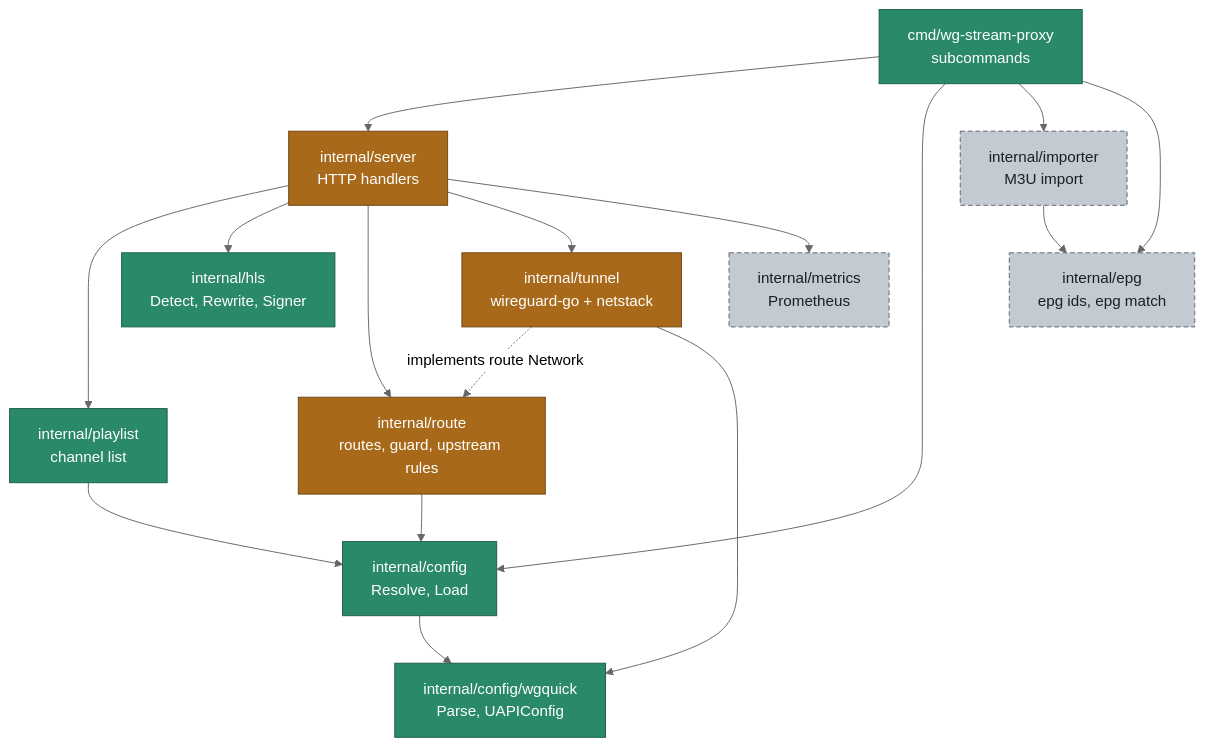
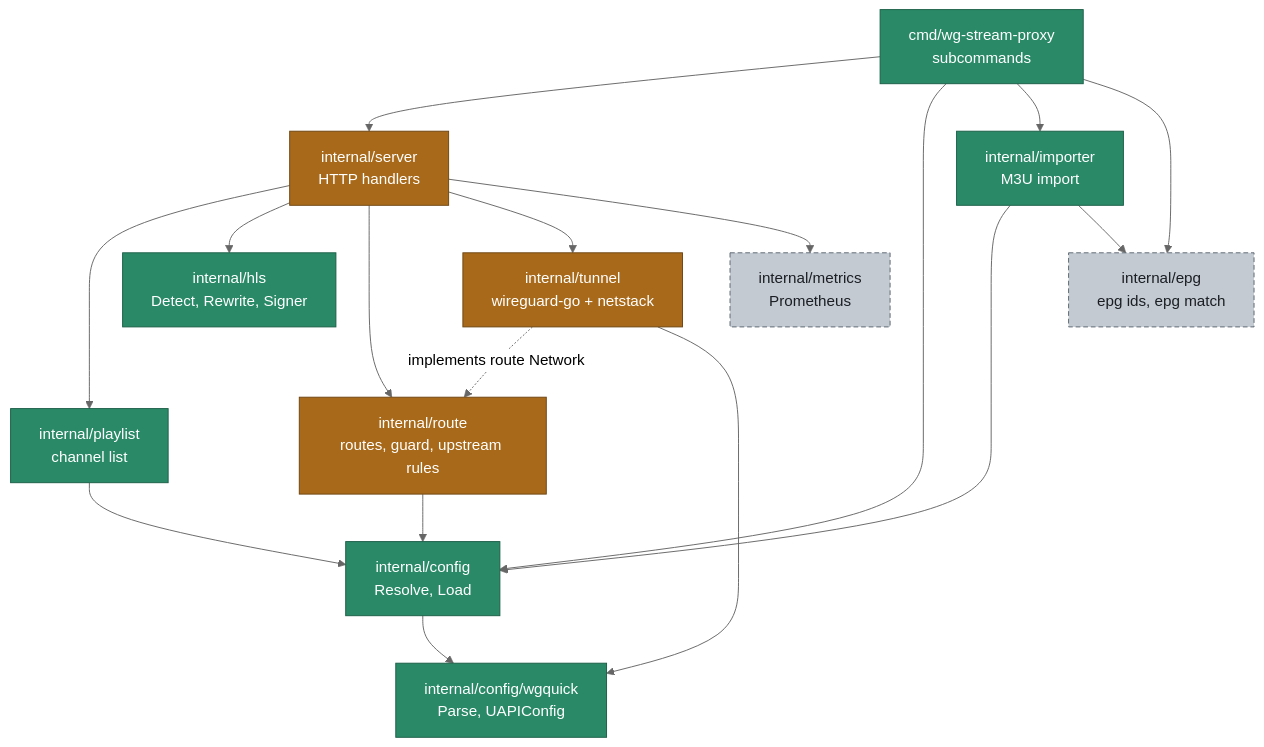
One commit to KingOfKalk/wg-stream-proxy changed the tenth of 13 diagrams in docs/architecture.md. Above: the diagram before and after it, drawn with Mermaid (neutral theme). The commit also changed other lines of this file and 38 other files, not shown here.

Commit message:
feat(importer): import M3U files (#49)

````diff
--- a/docs/architecture.md
+++ b/docs/architecture.md
@@ -439,27 +439,27 @@
 ```mermaid
 flowchart TD
     main["cmd/wg-stream-proxy<br/>subcommands"]:::done
     server["internal/server<br/>HTTP handlers"]:::wip
     playlist["internal/playlist<br/>channel list"]:::done
     hls["internal/hls<br/>Detect, Rewrite, Signer"]:::done
     route["internal/route<br/>routes, guard, upstream rules"]:::wip
     tunnel["internal/tunnel<br/>wireguard-go + netstack"]:::wip
     config["internal/config<br/>Resolve, Load"]:::done
     wgquick["internal/config/wgquick<br/>Parse, UAPIConfig"]:::done
     metrics["internal/metrics<br/>Prometheus"]:::todo
-    importer["internal/importer<br/>M3U import"]:::todo
+    importer["internal/importer<br/>M3U import"]:::done
     epg["internal/epg<br/>epg ids, epg match"]:::todo
 
     main --> server & config & importer & epg
     server --> playlist & hls & route & tunnel & metrics
     playlist --> config
     route --> config
     tunnel -. "implements route Network" .-> route
     tunnel --> wgquick
     config --> wgquick
-    importer --> epg
+    importer --> config & epg
 
     classDef done fill:#2a8a68,stroke:#1a5e46,color:#ffffff
     classDef wip fill:#a86a1a,stroke:#6e4511,color:#ffffff
     classDef todo fill:#c3cad2,stroke:#5b6670,color:#1b1f24,stroke-dasharray:5 3
 ```
````
